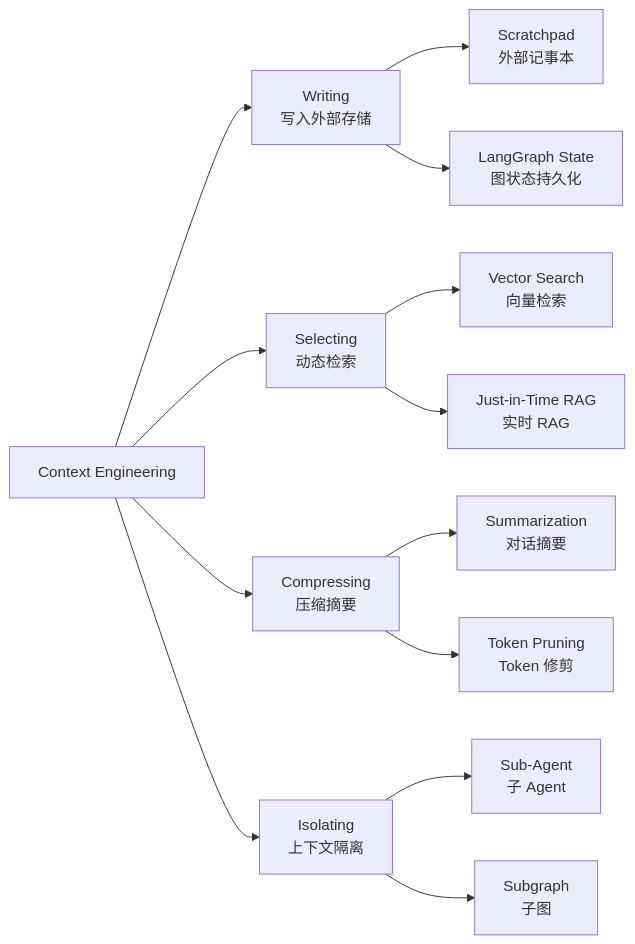
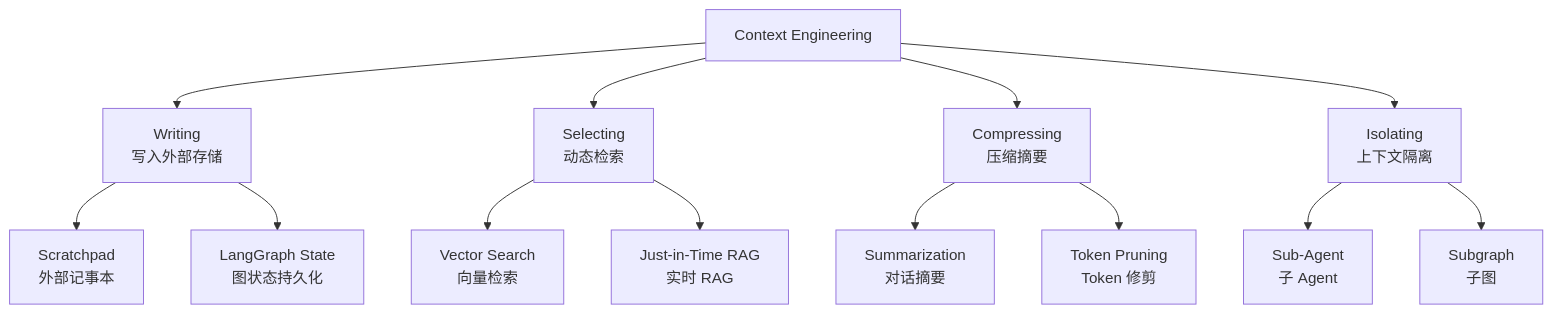
One commit to ThreeFish-AI/agentic-ai-cognizes changed the fifth of 7 diagrams in docs/research/001-context-engineering.md. Above: the diagram before and after it, drawn with Mermaid. The commit also changed other lines of this file and 1 other file, not shown here.

````diff
--- a/docs/research/001-context-engineering.md
+++ b/docs/research/001-context-engineering.md
@@ -481,19 +537,19 @@
 ```mermaid
-graph LR
+graph TD
     CE[Context Engineering] --> W[Writing<br>写入外部存储]
     CE --> S[Selecting<br>动态检索]
     CE --> C[Compressing<br>压缩摘要]
     CE --> I[Isolating<br>上下文隔离]
 
     W --> W1["Scratchpad<br>外部记事本"]
     W --> W2["LangGraph State<br>图状态持久化"]
 
     S --> S1["Vector Search<br>向量检索"]
     S --> S2["Just-in-Time RAG<br>实时 RAG"]
 
     C --> C1["Summarization<br>对话摘要"]
     C --> C2["Token Pruning<br>Token 修剪"]
 
     I --> I1["Sub-Agent<br>子 Agent"]
     I --> I2["Subgraph<br>子图"]
 ```
````
